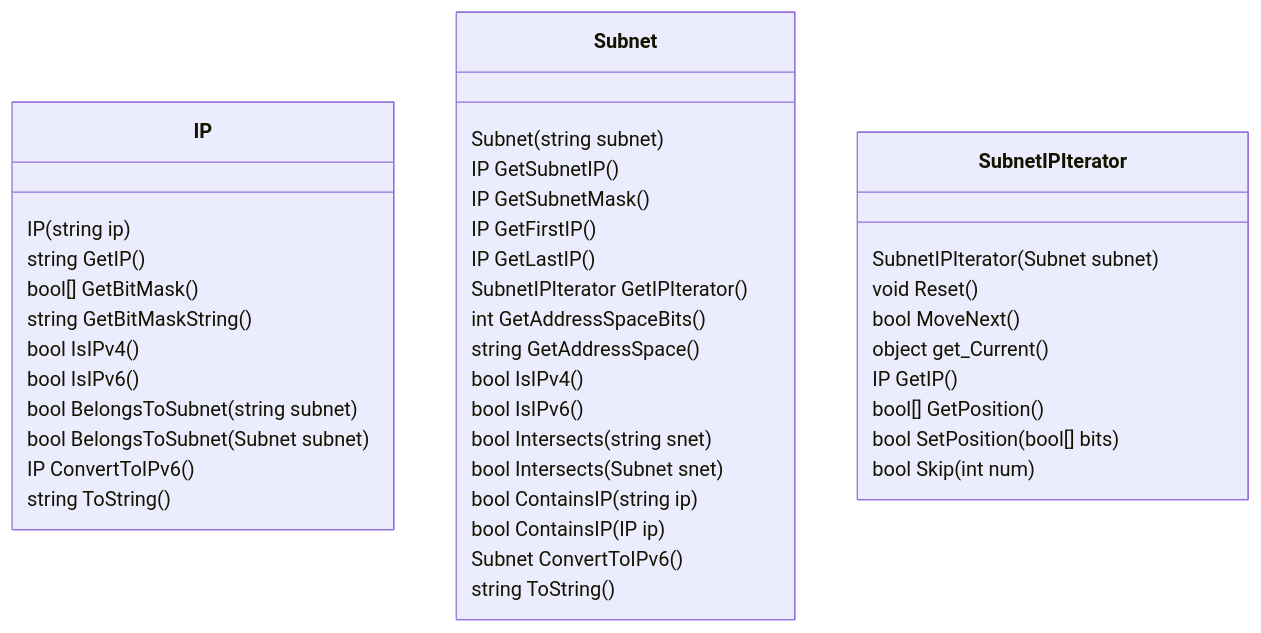
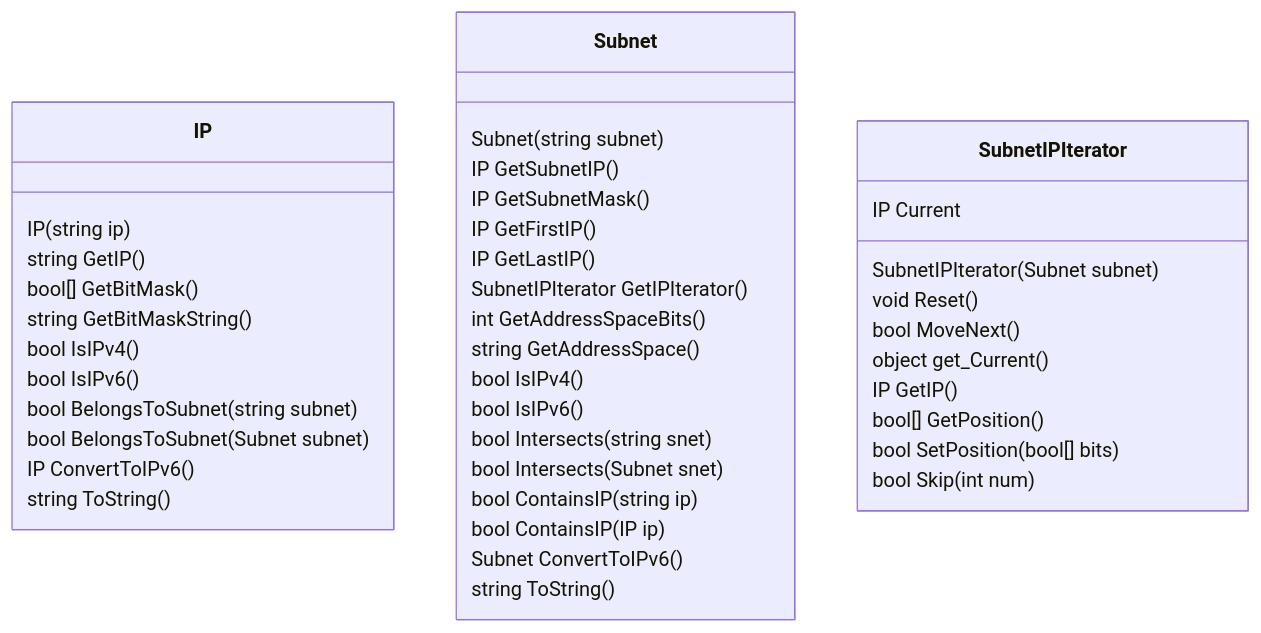
Before and after one commit to qxsch/powershell-ipnet: the diagram in README.md, drawn with Mermaid.

````diff
--- a/README.md
+++ b/README.md
@@ -10,44 +10,45 @@
 ```mermaid
 classDiagram
     class IP{
         IP(string ip)
         string GetIP()
         bool[] GetBitMask()
         string GetBitMaskString()
         bool IsIPv4()
         bool IsIPv6()
         bool BelongsToSubnet(string subnet)
         bool BelongsToSubnet(Subnet subnet)
         IP ConvertToIPv6()
         string ToString()
     }
     class Subnet {
         Subnet(string subnet)
         IP GetSubnetIP()
         IP GetSubnetMask()
         IP GetFirstIP()
         IP GetLastIP()
         SubnetIPIterator GetIPIterator()
         int GetAddressSpaceBits()
         string GetAddressSpace()
         bool IsIPv4()
         bool IsIPv6()
         bool Intersects(string snet)
         bool Intersects(Subnet snet)
         bool ContainsIP(string ip)
         bool ContainsIP(IP ip)
         Subnet ConvertToIPv6()
         string ToString()
     }
 
     class SubnetIPIterator {
+        IP Current
         SubnetIPIterator(Subnet subnet)
         void Reset()
         bool MoveNext()
         object get_Current()
         IP GetIP()
         bool[] GetPosition()
         bool SetPosition(bool[] bits)
         bool Skip(int num)
     }
 ```
````
